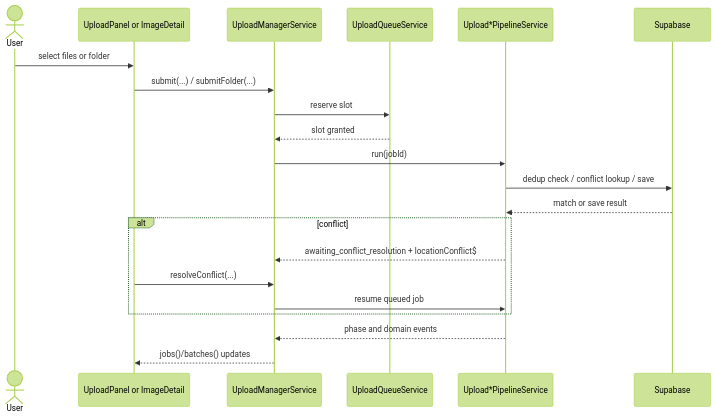
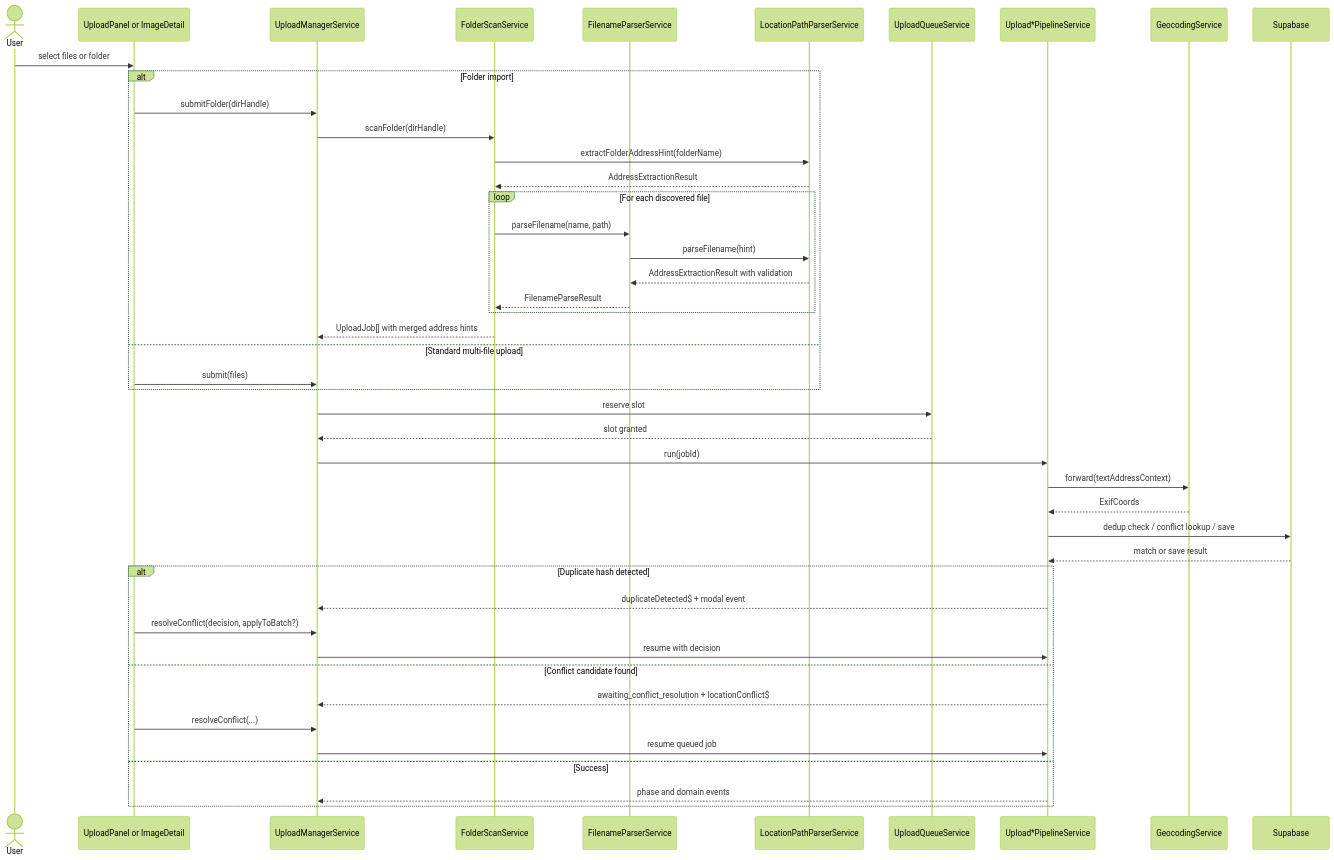
Before and after one commit to matkleve/feldpost: the second of 2 diagrams in docs/element-specs/upload-manager-pipeline.md, drawn with Mermaid (forest theme). The commit also changed other lines of this file and 20 other files, not shown here.

````diff
--- a/docs/element-specs/upload-manager-pipeline.md
+++ b/docs/element-specs/upload-manager-pipeline.md
@@ -152,24 +224,50 @@
 ```mermaid
 sequenceDiagram
   actor User
   participant UI as UploadPanel or ImageDetail
   participant Manager as UploadManagerService
+  participant FSS as FolderScanService
+  participant FPS as FilenameParserService
+  participant LPP as LocationPathParserService
   participant Queue as UploadQueueService
   participant Pipeline as Upload*PipelineService
+  participant GCS as GeocodingService
   participant DB as Supabase
 
   User->>UI: select files or folder
-  UI->>Manager: submit(...) / submitFolder(...)
+  alt Folder import
+    UI->>Manager: submitFolder(dirHandle)
+    Manager->>FSS: scanFolder(dirHandle)
+    FSS->>LPP: extractFolderAddressHint(folderName)
+    LPP-->>FSS: AddressExtractionResult
+    loop For each discovered file
+      FSS->>FPS: parseFilename(name, path)
+      FPS->>LPP: parseFilename(hint)
+      LPP-->>FPS: AddressExtractionResult with validation
+      FPS-->>FSS: FilenameParseResult
+    end
+    FSS-->>Manager: UploadJob[] with merged address hints
+  else Standard multi-file upload
+    UI->>Manager: submit(files)
+  end
+
   Manager->>Queue: reserve slot
   Queue-->>Manager: slot granted
   Manager->>Pipeline: run(jobId)
+  Pipeline->>GCS: forward(textAddressContext)
+  GCS-->>Pipeline: ExifCoords
   Pipeline->>DB: dedup check / conflict lookup / save
   DB-->>Pipeline: match or save result
-  alt conflict
+
+  alt Duplicate hash detected
+    Pipeline-->>Manager: duplicateDetected$ + modal event
+    UI->>Manager: resolveConflict(decision, applyToBatch?)
+    Manager->>Pipeline: resume with decision
+  else Conflict candidate found
     Pipeline-->>Manager: awaiting_conflict_resolution + locationConflict$
     UI->>Manager: resolveConflict(...)
     Manager->>Pipeline: resume queued job
+  else Success
+    Pipeline-->>Manager: phase and domain events
   end
-  Pipeline-->>Manager: phase and domain events
-  Manager-->>UI: jobs()/batches() updates
 ```
````
